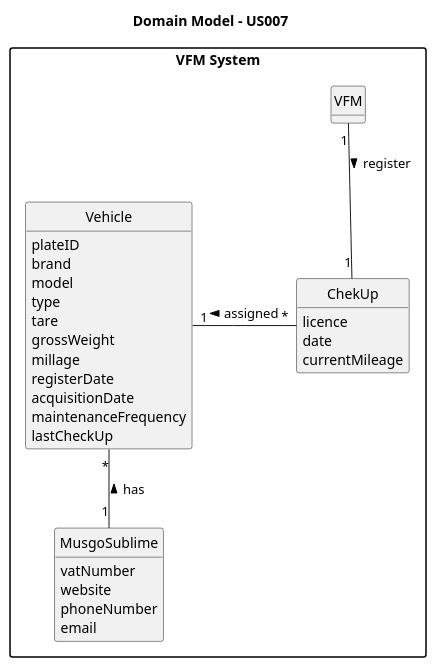
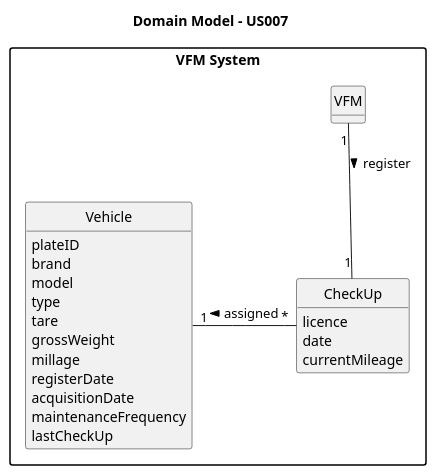
One commit to SAEmanuel/Green_Spaces_Management_ISEP changed the diagram in docs/sprintB/us007/02.analysis/puml/us007-domain-model.puml. Above: the diagram before and after it, drawn with PlantUML.

Commit message:
US 07: Analysis update

```diff
--- a/docs/sprintB/us007/02.analysis/puml/us007-domain-model.puml
+++ b/docs/sprintB/us007/02.analysis/puml/us007-domain-model.puml
@@ -1,51 +1,41 @@
 @startuml
 skinparam monochrome true
 skinparam packageStyle rectangle
 skinparam shadowing false
 
 skinparam classAttributeIconSize 0
 
 hide circles
 hide methods
 
 title Domain Model - US007
 
 package "VFM System" {
 
     class VFM {
     }
 
-    class ChekUp {
+    class CheckUp {
         licence
         date
         currentMileage
     }
 
     class Vehicle {
          plateID
          brand
          model
          type
          tare
          grossWeight
          millage
          registerDate
          acquisitionDate
          maintenanceFrequency
          lastCheckUp
     }
 
-    class MusgoSublime {
-            vatNumber
-            website
-            phoneNumber
-            email
-        }
-
-
-    Vehicle "*" -- "1" MusgoSublime : has <
-
-    VFM "1" -- "1" ChekUp : register >
-    Vehicle "1" - "*" ChekUp : assigned <
+    VFM "1" -- "1" CheckUp : register >
+    Vehicle "1" - "*" CheckUp : assigned <
 }
 @enduml
```
